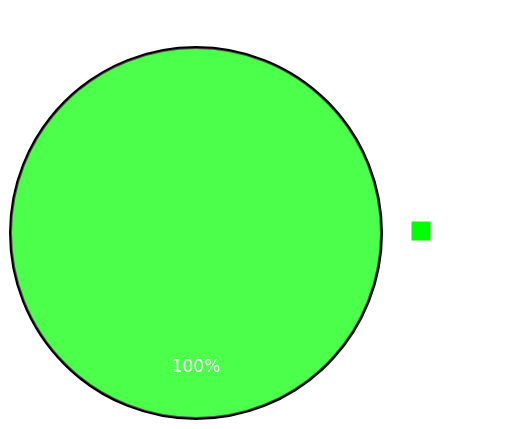
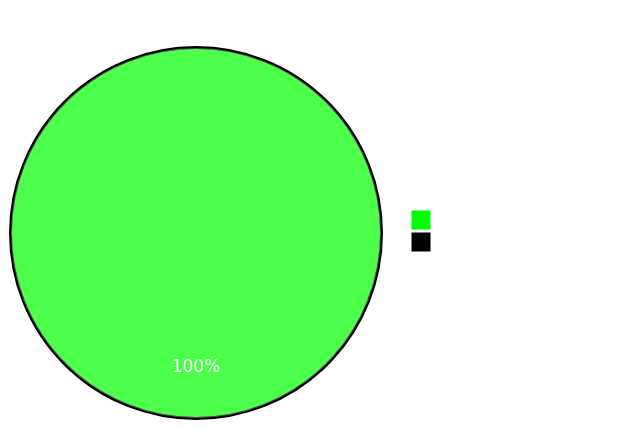
The second of 2 diagrams in README.md (desenvolvimento03onnet/onnet-comissao-api), drawn with Mermaid before and after one commit. The commit also changed other lines of this file, not shown here.

Commit message:
Nono Commit, Alterações README

````diff
--- a/README.md
+++ b/README.md
@@ -74,13 +76,15 @@
 ```mermaid
     %%{
       init: {
         'theme': 'base',
         'themeVariables': {
           'pie1': '#00FF00',
+          'pie2': '#000000',
           'primaryTextColor': '#FFFFFF'
         }
       }
     }%%
     pie title Documentação
     "Concluído" : 100
+    "Em Desenvolvimento" : 0
 ```
````
